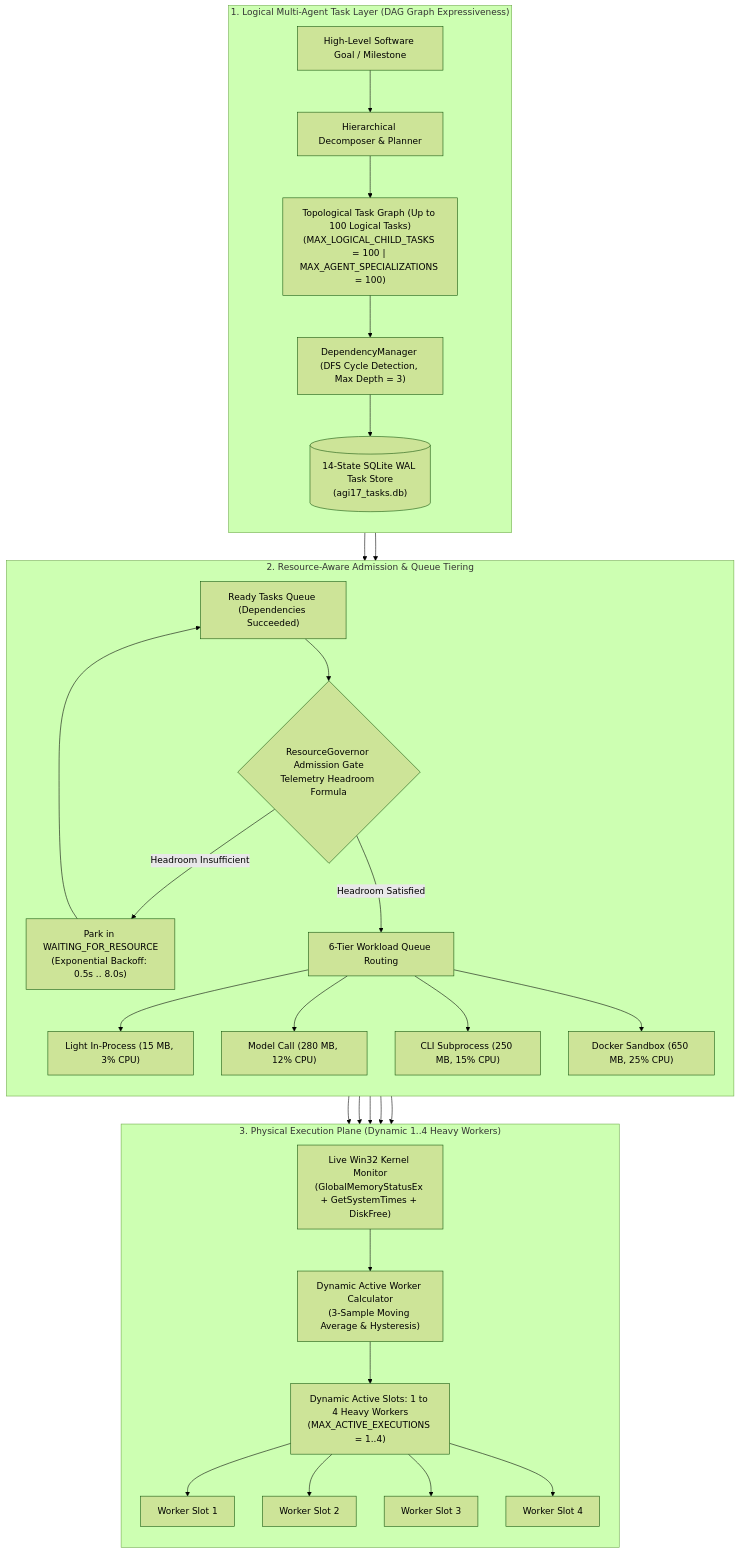
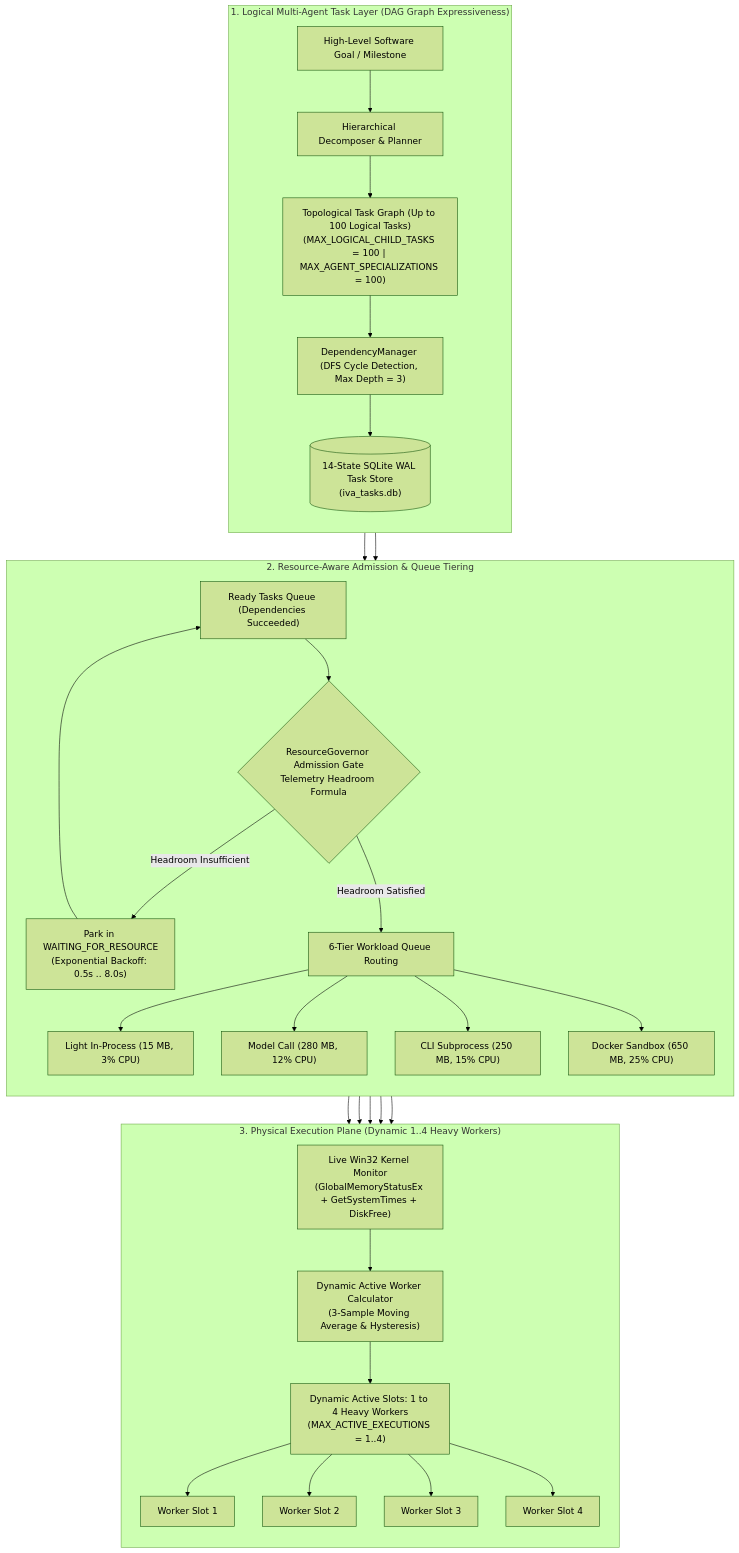
One commit to Abhishek200416/IVA changed the ninth of 13 diagrams in README.md. Above: the diagram before and after it, drawn with Mermaid (forest theme). The commit also changed other lines of this file and 1959 other files, not shown here.

First line of the commit message:
feat(iva): rename agents/AGI_1_7 to agents/IVA, scrub all AGI references to IVA, and establish top-level tests/ (#13)

````diff
--- a/README.md
+++ b/README.md
@@ -516,40 +516,40 @@
 ```mermaid
 flowchart TD
     subgraph LogicalLayer ["1. Logical Multi-Agent Task Layer (DAG Graph Expressiveness)"]
         direction TB
         DAG_GOAL["High-Level Software Goal / Milestone"] --> PLANNER["Hierarchical Decomposer & Planner"]
         PLANNER --> GRAPH["Topological Task Graph (Up to 100 Logical Tasks)<br/>(MAX_LOGICAL_CHILD_TASKS = 100 | MAX_AGENT_SPECIALIZATIONS = 100)"]
         GRAPH --> DEP_MGR["DependencyManager (DFS Cycle Detection, Max Depth = 3)"]
-        DEP_MGR --> SQLITE_DAG[("14-State SQLite WAL Task Store<br/>(agi17_tasks.db)")]
+        DEP_MGR --> SQLITE_DAG[("14-State SQLite WAL Task Store<br/>(iva_tasks.db)")]
     end
 
     subgraph AdmissionControl ["2. Resource-Aware Admission & Queue Tiering"]
         direction TB
         SQLITE_DAG --> READY_Q["Ready Tasks Queue (Dependencies Succeeded)"]
         READY_Q --> GOV_GATE{"ResourceGovernor Admission Gate<br/>Telemetry Headroom Formula"}
         GOV_GATE -- "Headroom Insufficient" --> PARK["Park in WAITING_FOR_RESOURCE<br/>(Exponential Backoff: 0.5s .. 8.0s)"]
         PARK --> READY_Q
         GOV_GATE -- "Headroom Satisfied" --> TIER_ROUTE["6-Tier Workload Queue Routing"]
         
         TIER_ROUTE --> Q1["Light In-Process (15 MB, 3% CPU)"]
         TIER_ROUTE --> Q2["Model Call (280 MB, 12% CPU)"]
         TIER_ROUTE --> Q3["CLI Subprocess (250 MB, 15% CPU)"]
         TIER_ROUTE --> Q4["Docker Sandbox (650 MB, 25% CPU)"]
     end
 
     subgraph PhysicalExecution ["3. Physical Execution Plane (Dynamic 1..4 Heavy Workers)"]
         direction TB
         WIN32_PROBE["Live Win32 Kernel Monitor<br/>(GlobalMemoryStatusEx + GetSystemTimes + DiskFree)"] --> CAP_CALC["Dynamic Active Worker Calculator<br/>(3-Sample Moving Average & Hysteresis)"]
         CAP_CALC --> SLOTS["Dynamic Active Slots: 1 to 4 Heavy Workers<br/>(MAX_ACTIVE_EXECUTIONS = 1..4)"]
         
         SLOTS --> W1["Worker Slot 1"]
         SLOTS --> W2["Worker Slot 2"]
         SLOTS --> W3["Worker Slot 3"]
         SLOTS --> W4["Worker Slot 4"]
         
         Q1 & Q2 & Q3 & Q4 --> SLOTS
     end
 
     LogicalLayer --> AdmissionControl
     AdmissionControl --> PhysicalExecution
 ```
````
